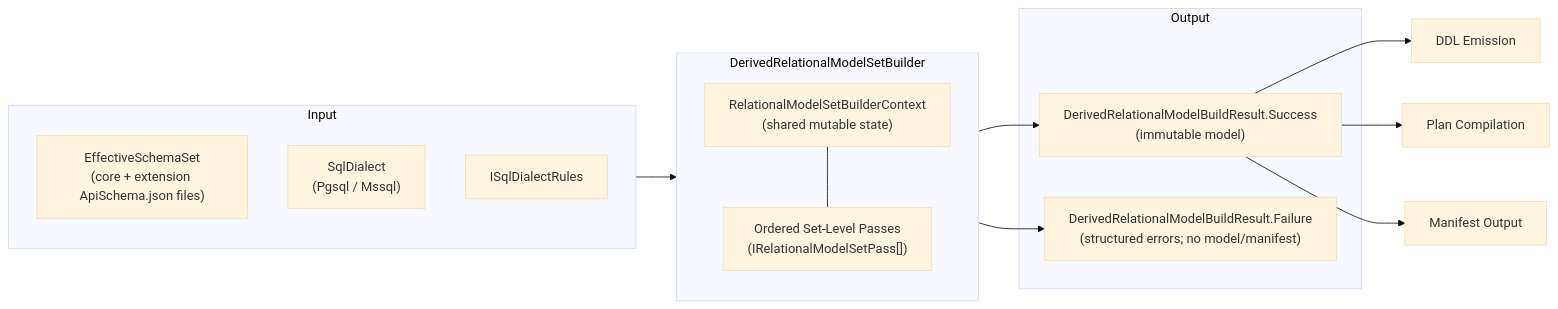
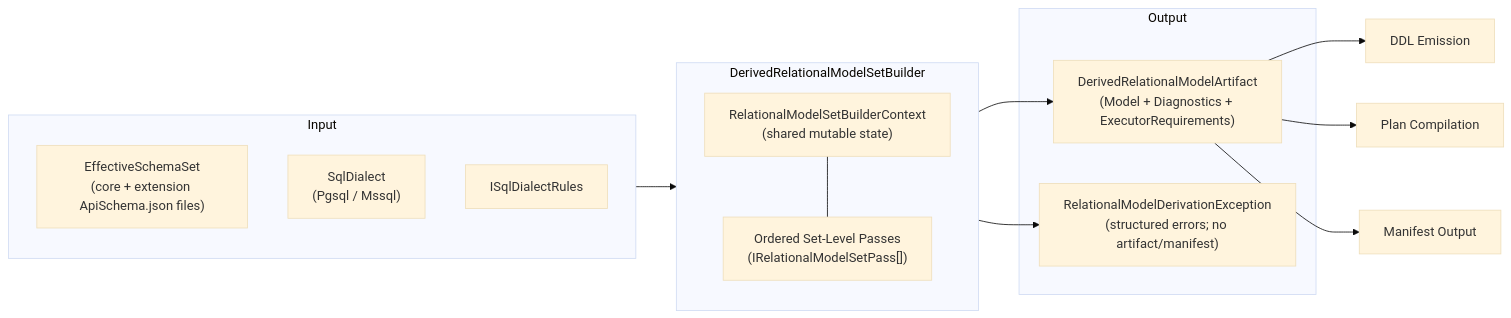
One commit to Ed-Fi-Alliance-OSS/Data-Management-Service changed the first of 16 diagrams in reference/design/backend-redesign/presentations/relational-model-presentation.md. Above: the diagram before and after it, drawn with Mermaid (base theme). The commit also changed other lines of this file and 50 other files, not shown here.

````diff
--- a/reference/design/backend-redesign/presentations/relational-model-presentation.md
+++ b/reference/design/backend-redesign/presentations/relational-model-presentation.md
@@ -23,26 +25,26 @@
 ```mermaid
 flowchart LR
     subgraph Input
         ESS["EffectiveSchemaSet<br/>(core + extension ApiSchema.json files)"]
         DIALECT["SqlDialect<br/>(Pgsql / Mssql)"]
         RULES["ISqlDialectRules"]
     end
 
     subgraph Builder["DerivedRelationalModelSetBuilder"]
         CTX["RelationalModelSetBuilderContext<br/>(shared mutable state)"]
         PASSES["Ordered Set-Level Passes<br/>(IRelationalModelSetPass[])"]
         CTX --- PASSES
     end
 
     subgraph Output
-        DRMS["DerivedRelationalModelBuildResult.Success<br/>(immutable model)"]
-        FAIL["DerivedRelationalModelBuildResult.Failure<br/>(structured errors; no model/manifest)"]
+        DRMS["DerivedRelationalModelArtifact<br/>(Model + Diagnostics + ExecutorRequirements)"]
+        FAIL["RelationalModelDerivationException<br/>(structured errors; no artifact/manifest)"]
     end
 
     Input --> Builder --> DRMS
     Builder --> FAIL
 
     DRMS --> DDL["DDL Emission"]
     DRMS --> PLANS["Plan Compilation"]
     DRMS --> MANIFEST["Manifest Output"]
 ```
````
